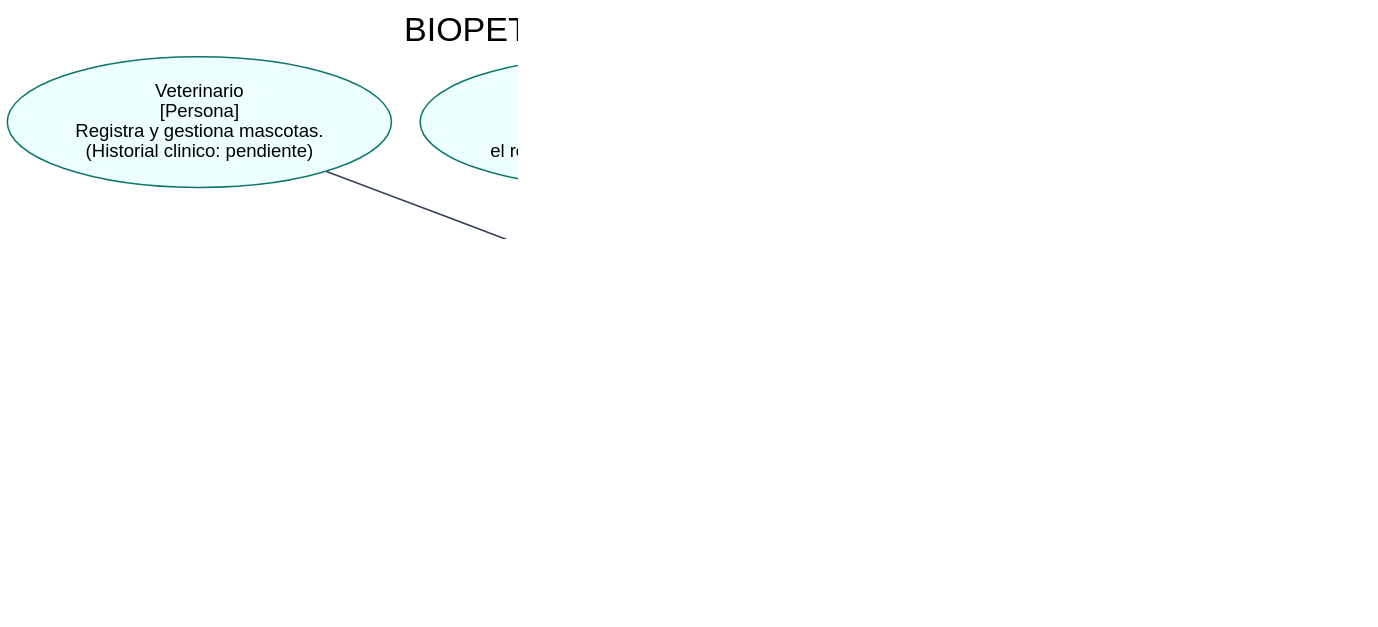
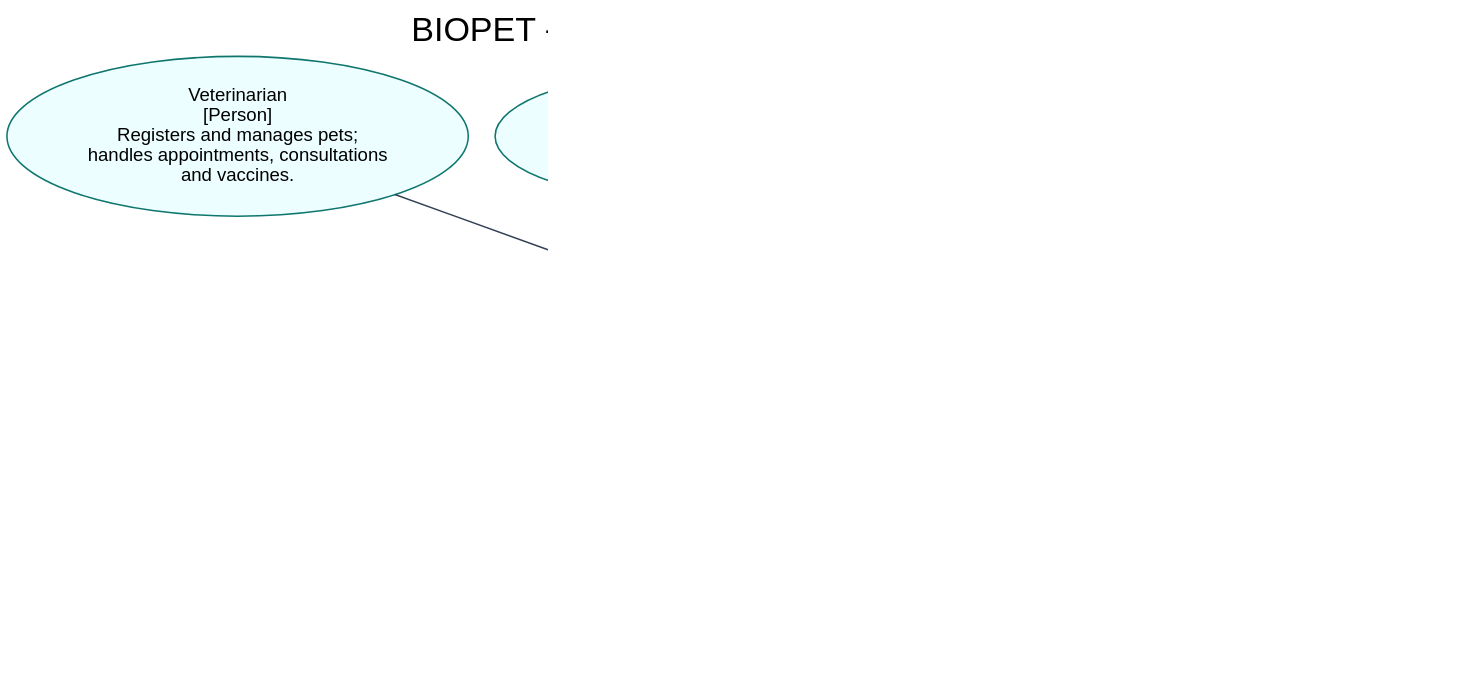
One commit to Grinjoww/ENTREGA-FINAL-BIOPET changed the diagram in docs/diagrams/c4-contexto/c4-contexto.dot. Above: the diagram before and after it, drawn with Graphviz. The commit also changed 14 other files, not shown here.

```diff
--- a/docs/diagrams/c4-contexto/c4-contexto.dot
+++ b/docs/diagrams/c4-contexto/c4-contexto.dot
@@ -1,34 +1,30 @@
 digraph G {
-  graph [rankdir=TB, dpi=200, bgcolor="white", fontname="Arial", label="BIOPET - C4 Nivel 1: Contexto (v0.9.0-rc)", labelloc=t, fontsize=22];
+  graph [rankdir=TB, dpi=200, bgcolor="white", fontname="Arial", label="BIOPET - C4 Level 1: System Context (v1.0.0)", labelloc=t, fontsize=22];
   node [shape=box, style="rounded,filled", fillcolor="#F8FAFC", color="#0F766E", fontname="Arial", fontsize=12];
   edge [fontname="Arial", fontsize=10, color="#334155"];
 
-  vet [label="Veterinario\n[Persona]\nRegistra y gestiona mascotas.\n(Historial clinico: pendiente)", shape=oval, fillcolor="#ECFEFF"];
-  admin [label="Administrador\n[Persona]\nGestiona mascotas y ve\nel resumen global por especie.", shape=oval, fillcolor="#ECFEFF"];
-  auxiliar [label="Auxiliar\n[Persona]\nGestiona mascotas.", shape=oval, fillcolor="#ECFEFF"];
-  dueno [label="Dueño de Mascota\n[Persona]\nConsulta unicamente\nsus propias mascotas.", shape=oval, fillcolor="#ECFEFF"];
+  vet [label="Veterinarian\n[Person]\nRegisters and manages pets;\nhandles appointments, consultations\nand vaccines.", shape=oval, fillcolor="#ECFEFF"];
+  admin [label="Administrator\n[Person]\nManages pets and views\nthe global summary by species.", shape=oval, fillcolor="#ECFEFF"];
+  assistant [label="Assistant\n[Person]\nManages pets and supports\nclinical staff.", shape=oval, fillcolor="#ECFEFF"];
+  owner [label="Pet Owner\n[Person]\nConsults only\ntheir own pets.", shape=oval, fillcolor="#ECFEFF"];
 
-  biopet [label="BIOPET\n[Sistema de software]\nCentraliza el registro de\nmascotas y su gestion\npor rol (RBAC + JWT).", fillcolor="#DBEAFE", fontsize=14, width=3, height=1.3];
+  biopet [label="BIOPET\n[Software System]\nCentralizes pet registration and\nrole-based management\n(RBAC + JWT).", fillcolor="#DBEAFE", fontsize=14, width=3, height=1.3];
 
-  subgraph cluster_pendiente {
-    label="Sistemas externos planificados (vision Entrega 1A) — NO implementados en v0.9.0-rc";
+  subgraph cluster_external {
+    label="External systems (v1.0.0)";
     style="dashed";
     color="#94A3B8";
     fontname="Arial";
     fontsize=11;
     fontcolor="#64748B";
     node [style="rounded,dashed", fillcolor="#F1F5F9", color="#94A3B8", fontcolor="#64748B"];
-    iot [label="Dispositivos IoT\n[Sistema externo]\nTelemetria de ubicacion\n(REQ-F-016, pendiente)"];
-    ia [label="Servicio de IA Cognitiva\n[Sistema externo]\nRecomendaciones clinicas\n(REQ-F-017, pendiente)"];
-    correo [label="Servicio de Correos\n[Sistema externo]\nNotificaciones\n(sin requisito formal aun)"];
+    animalApi [label="API Ninjas\n(Animals API)\n[External System]\nSpecies taxonomy, habitat\nand diet data."];
   }
 
-  vet -> biopet [label="usa\n[HTTPS]"];
-  admin -> biopet [label="usa\n[HTTPS]"];
-  auxiliar -> biopet [label="usa\n[HTTPS]"];
-  dueno -> biopet [label="usa\n[HTTPS]"];
+  vet -> biopet [label="uses\n[HTTPS]"];
+  admin -> biopet [label="uses\n[HTTPS]"];
+  assistant -> biopet [label="uses\n[HTTPS]"];
+  owner -> biopet [label="uses\n[HTTPS]"];
 
-  biopet -> iot [label="recibiria telemetria de\n[API REST]", style=dashed, color="#94A3B8", fontcolor="#64748B"];
-  biopet -> ia [label="consultaria recomendaciones\n[HTTPS/JSON]", style=dashed, color="#94A3B8", fontcolor="#64748B"];
-  biopet -> correo [label="enviaria notificaciones\n[SMTP/API]", style=dashed, color="#94A3B8", fontcolor="#64748B"];
+  biopet -> animalApi [label="requests species data from\n[HTTPS/JSON]", style=dashed, color="#64748B"];
 }
```
